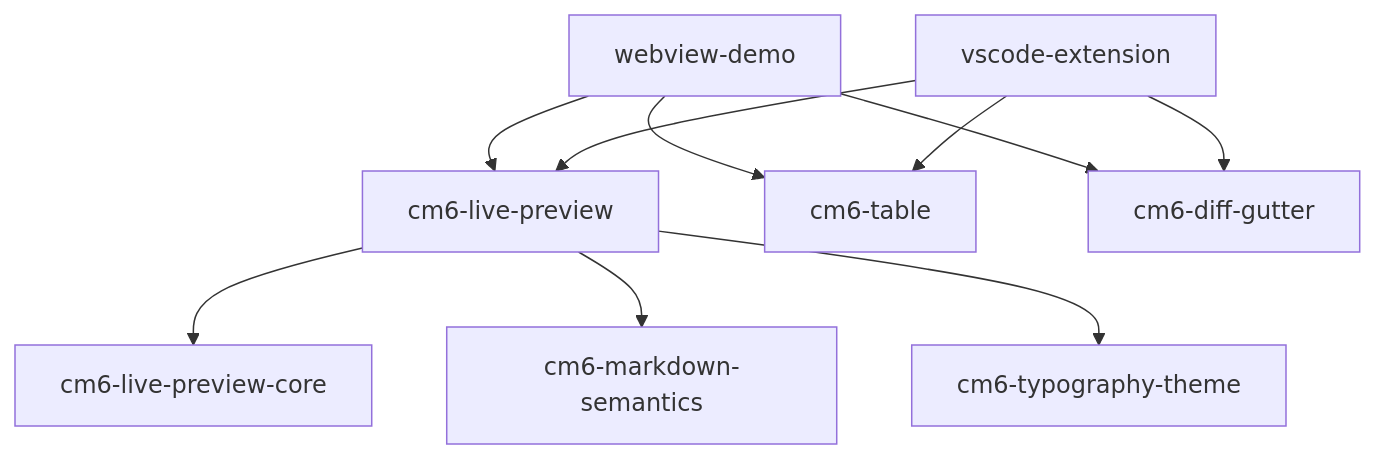
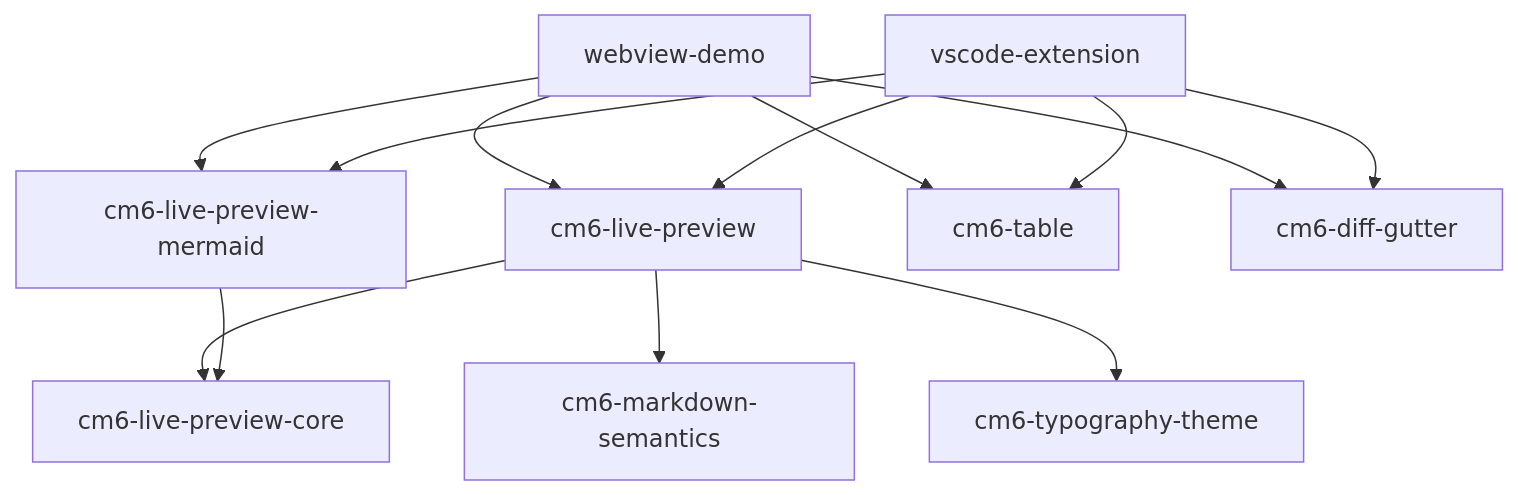
The second of 3 diagrams in docs/architecture/overview.md (yuya296/MarkBloom), drawn with Mermaid before and after one commit. The commit also changed other lines of this file and 30 other files, not shown here.

First line of the commit message:
Mermaidライブプレビューを追加して表示不具合を修正

````diff
--- a/docs/architecture/overview.md
+++ b/docs/architecture/overview.md
@@ -34,14 +36,17 @@
 ```mermaid
 graph TD
   webview-demo --> cm6-live-preview
+  webview-demo --> cm6-live-preview-mermaid
   webview-demo --> cm6-table
   webview-demo --> cm6-diff-gutter
 
   vscode-extension --> cm6-live-preview
+  vscode-extension --> cm6-live-preview-mermaid
   vscode-extension --> cm6-table
   vscode-extension --> cm6-diff-gutter
 
   cm6-live-preview --> cm6-live-preview-core
   cm6-live-preview --> cm6-markdown-semantics
   cm6-live-preview --> cm6-typography-theme
+  cm6-live-preview-mermaid --> cm6-live-preview-core
 ```
````
